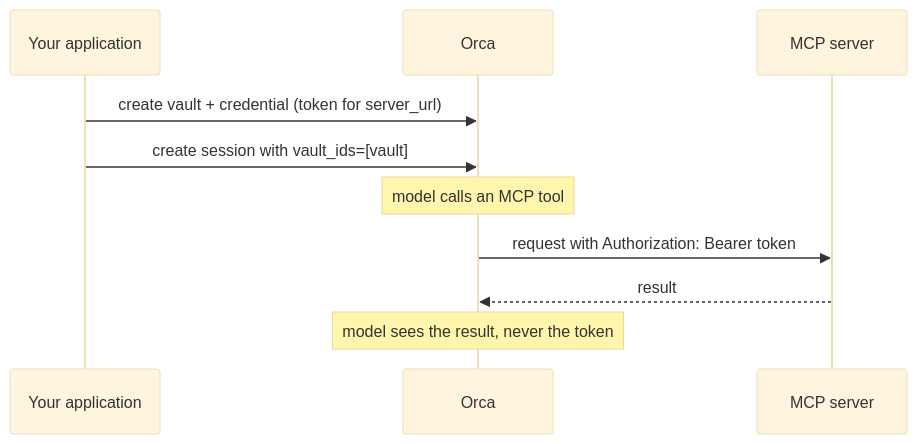
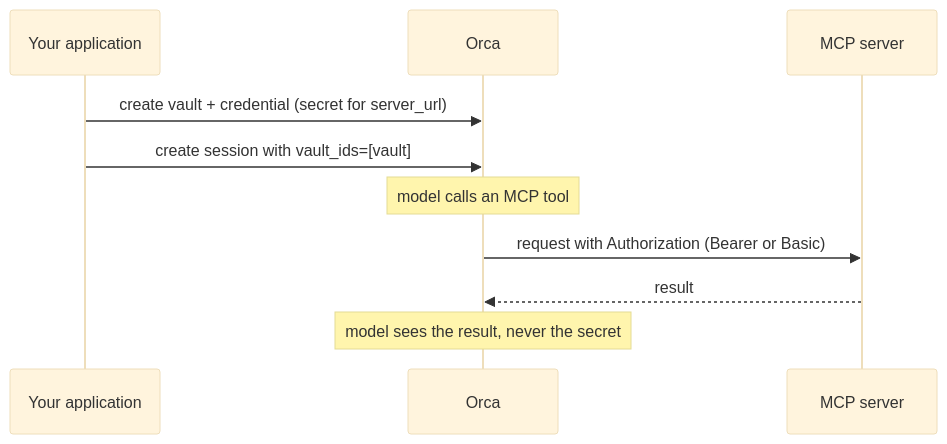
Before and after one commit to okikorg/orca-docs: the diagram in guides/credentials.mdx, drawn with Mermaid (base theme). The commit also changed other lines of this file and 8 other files, not shown here.

````diff
--- a/guides/credentials.mdx
+++ b/guides/credentials.mdx
@@ -28,12 +28,12 @@
 ```mermaid
 sequenceDiagram
     participant App as Your application
     participant Orca
     participant MCP as MCP server
-    App->>Orca: create vault + credential (token for server_url)
+    App->>Orca: create vault + credential (secret for server_url)
     App->>Orca: create session with vault_ids=[vault]
     Note over Orca: model calls an MCP tool
-    Orca->>MCP: request with Authorization: Bearer token
+    Orca->>MCP: request with Authorization (Bearer or Basic)
     MCP-->>Orca: result
-    Note over Orca: model sees the result, never the token
+    Note over Orca: model sees the result, never the secret
 ```
````
